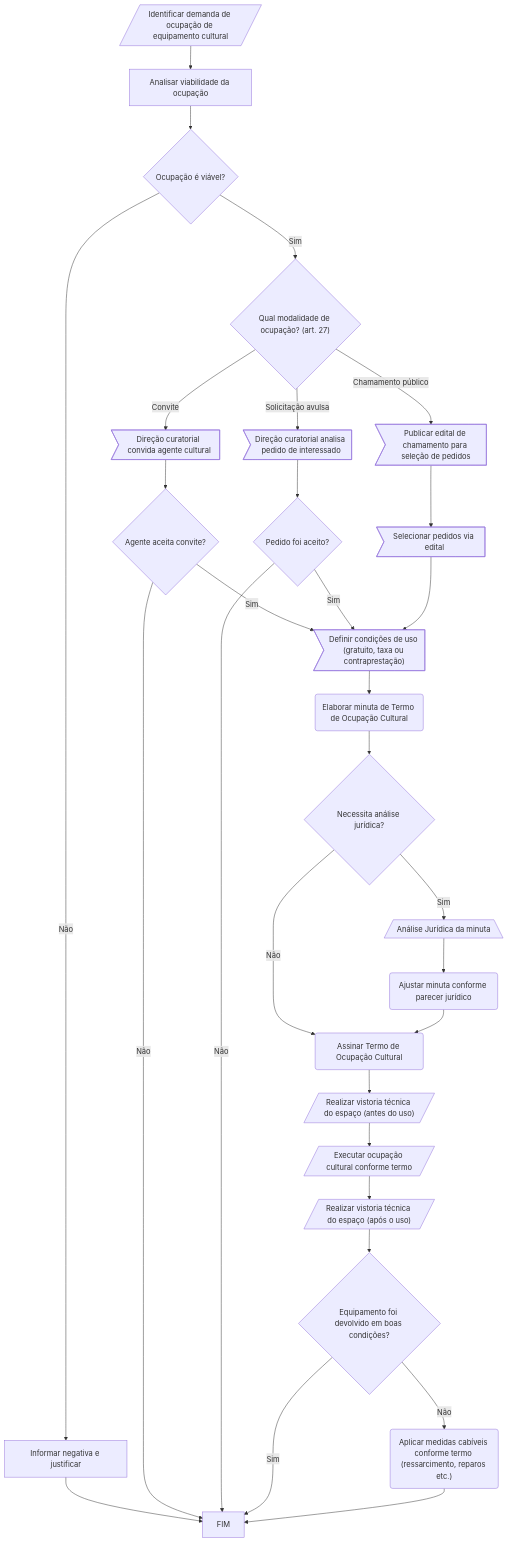
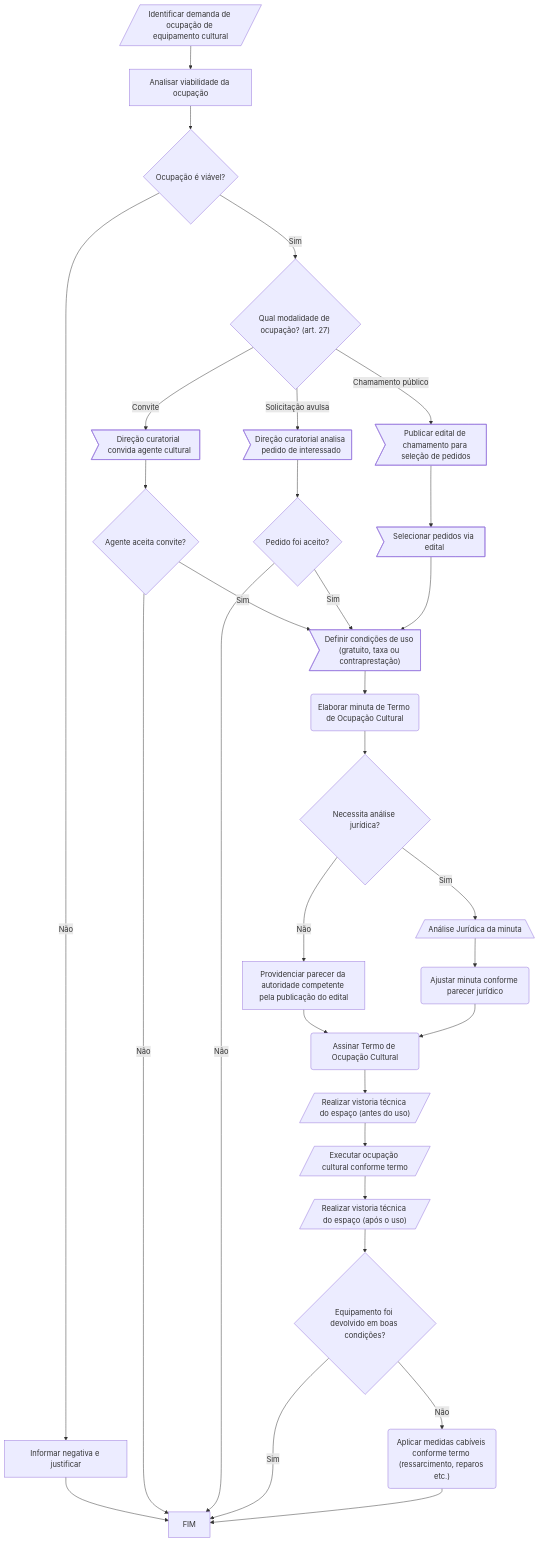
The second of 2 diagrams in paginas/marcos_regulatorios/MRFC/TOC/README.md (iepha-mg/manual.appi), drawn with Mermaid before and after one commit.

```diff
--- a/paginas/marcos_regulatorios/MRFC/TOC/README.md
+++ b/paginas/marcos_regulatorios/MRFC/TOC/README.md
@@ -100,30 +100,31 @@
 <div class="mermaid">
 flowchart TD
     A@{ shape: lean-r, label: "Identificar demanda de ocupação de equipamento cultural" } --> B@{ shape: rect, label: "Analisar viabilidade da ocupação" }
     B --> C@{ shape: diamond, label: "Ocupação é viável?" }
     C -->|Não| D@{ shape: rect, label: "Informar negativa e justificar" } --> FIM
     C -->|Sim| E@{ shape: diamond, label: "Qual modalidade de ocupação? (art. 27)" }
     E -->|Convite| F@{ shape: odd, label: "Direção curatorial convida agente cultural" }
     E -->|Solicitação avulsa| G@{ shape: odd, label: "Direção curatorial analisa pedido de interessado" }
     E -->|Chamamento público| H@{ shape: odd, label: "Publicar edital de chamamento para seleção de pedidos" }
     F --> I@{ shape: diamond, label: "Agente aceita convite?" }
     G --> J@{ shape: diamond, label: "Pedido foi aceito?" }
     H --> K@{ shape: odd, label: "Selecionar pedidos via edital" }
     I -->|Não| FIM
     I -->|Sim| L@{ shape: odd, label: "Definir condições de uso (gratuito, taxa ou contraprestação)" }
     J -->|Não| FIM
     J -->|Sim| L
     K --> L
     L --> M@{ shape: rounded, label: "Elaborar minuta de Termo de Ocupação Cultural" }
     M --> N@{ shape: diamond, label: "Necessita análise jurídica?" }
     N -->|Sim| O@{ shape: trap-b, label: "Análise Jurídica da minuta" } --> P@{ shape: rounded, label: "Ajustar minuta conforme parecer jurídico" }
-    N -->|Não| Q@{ shape: rounded, label: "Assinar Termo de Ocupação Cultural" }
-    P --> Q
-    Q --> R@{ shape: lean-r, label: "Realizar vistoria técnica do espaço (antes do uso)" }
-    R --> S@{ shape: lean-r, label: "Executar ocupação cultural conforme termo" }
-    S --> T@{ shape: lean-r, label: "Realizar vistoria técnica do espaço (após o uso)" }
-    T --> U@{ shape: diamond, label: "Equipamento foi devolvido em boas condições?" }
-    U -->|Sim| FIM
-    U -->|Não| V@{ shape: rounded, label: "Aplicar medidas cabíveis conforme termo (ressarcimento, reparos etc.)" }
-    V --> FIM
+    N -->|Não| Q@{ shape: rect, label: "Providenciar parecer da autoridade competente pela publicação do edital" }
+    Q --> R@{ shape: rounded, label: "Assinar Termo de Ocupação Cultural" }
+    P --> R
+    R --> S@{ shape: lean-r, label: "Realizar vistoria técnica do espaço (antes do uso)" }
+    S --> T@{ shape: lean-r, label: "Executar ocupação cultural conforme termo" }
+    T --> U@{ shape: lean-r, label: "Realizar vistoria técnica do espaço (após o uso)" }
+    U --> V@{ shape: diamond, label: "Equipamento foi devolvido em boas condições?" }
+    V -->|Sim| FIM
+    V -->|Não| W@{ shape: rounded, label: "Aplicar medidas cabíveis conforme termo (ressarcimento, reparos etc.)" }
+    W --> FIM
 </div>
```
